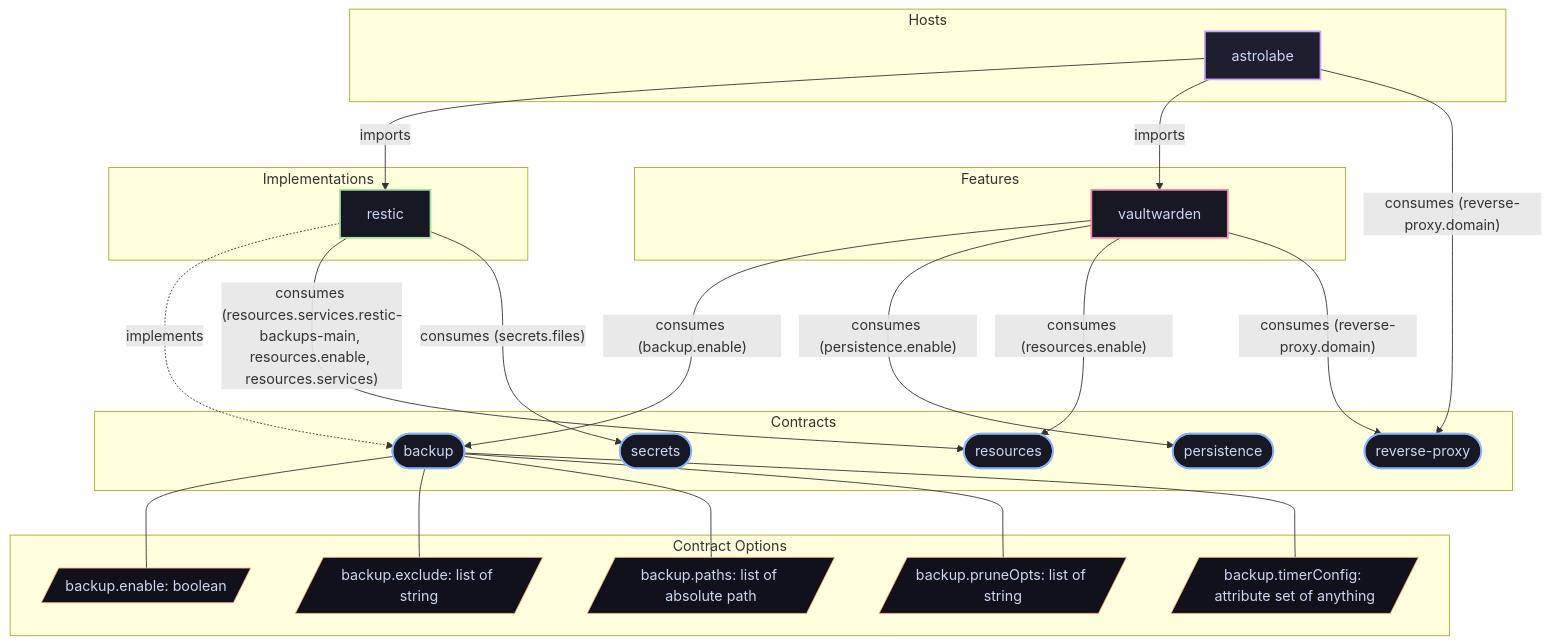
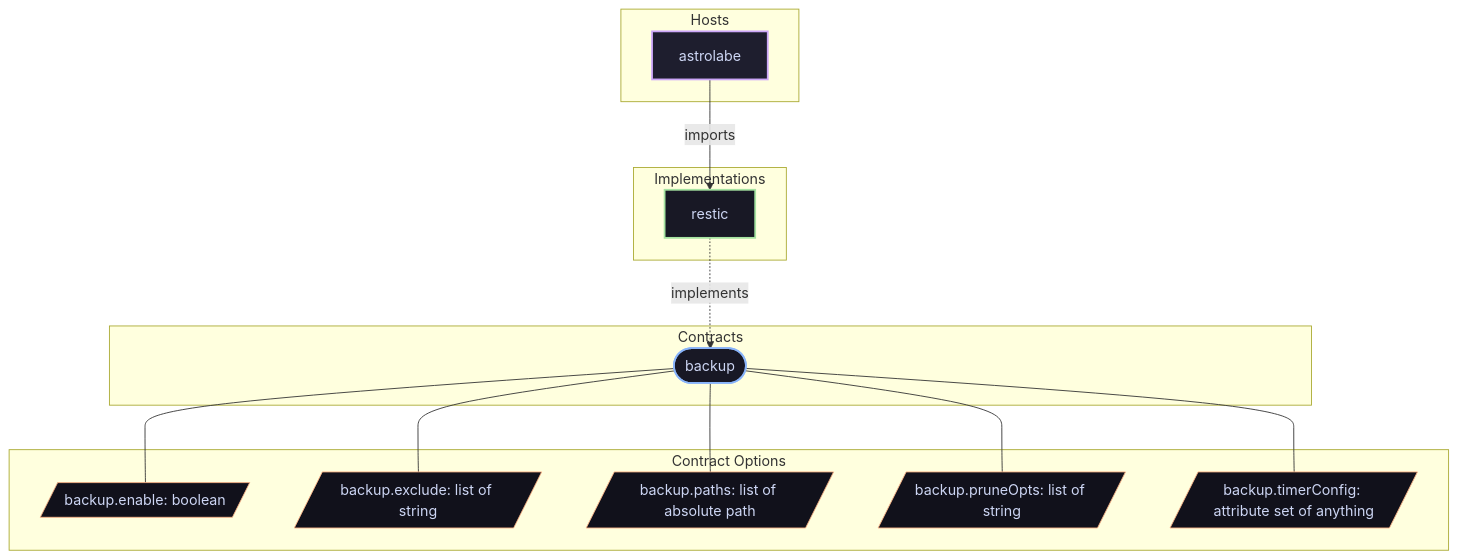
Before and after one commit to LW-54/nixconf: the diagram in docs/contracts/backup.md, drawn with Mermaid. The commit also changed other lines of this file and 87 other files, not shown here.

````diff
--- a/docs/contracts/backup.md
+++ b/docs/contracts/backup.md
@@ -15,59 +15,43 @@
 ```mermaid
 flowchart TD
     subgraph Hosts["Hosts"]
         host__astrolabe["astrolabe"]:::hostNode
     end
 
     subgraph Contracts["Contracts"]
         contract__backup(["backup"]):::contractNode
-        contract__persistence(["persistence"]):::contractNode
-        contract__resources(["resources"]):::contractNode
-        contract__reverse_proxy(["reverse-proxy"]):::contractNode
-        contract__secrets(["secrets"]):::contractNode
     end
 
     subgraph Implementations["Implementations"]
         impl__restic["restic"]:::implNode
-    end
-
-    subgraph Features["Features"]
-        feature__vaultwarden["vaultwarden"]:::featureNode
     end
 
     subgraph ContractOptions["Contract Options"]
         opt__backup_enable[/"backup.enable: boolean"/]:::optNode
         opt__backup_exclude[/"backup.exclude: list of string"/]:::optNode
         opt__backup_paths[/"backup.paths: list of absolute path"/]:::optNode
         opt__backup_pruneOpts[/"backup.pruneOpts: list of string"/]:::optNode
         opt__backup_timerConfig[/"backup.timerConfig: attribute set of anything"/]:::optNode
     end
 
 
     host__astrolabe -->|"imports"| impl__restic
-    host__astrolabe -->|"imports"| feature__vaultwarden
     impl__restic -.->|"implements"| contract__backup
-    host__astrolabe -->|"consumes (reverse-proxy.domain)"| contract__reverse_proxy
-    feature__vaultwarden -->|"consumes (backup.enable)"| contract__backup
-    feature__vaultwarden -->|"consumes (persistence.enable)"| contract__persistence
-    feature__vaultwarden -->|"consumes (resources.enable)"| contract__resources
-    feature__vaultwarden -->|"consumes (reverse-proxy.domain)"| contract__reverse_proxy
-    impl__restic -->|"consumes (resources.services.restic-backups-main, resources.enable, resources.services)"| contract__resources
-    impl__restic -->|"consumes (secrets.files)"| contract__secrets
     contract__backup --- opt__backup_enable
     contract__backup --- opt__backup_exclude
     contract__backup --- opt__backup_paths
     contract__backup --- opt__backup_pruneOpts
     contract__backup --- opt__backup_timerConfig
 
 classDef hostNode fill:#1e1e2e,stroke:#cba6f7,stroke-width:2px,color:#cdd6f4;
 classDef contractNode fill:#181825,stroke:#89b4fa,stroke-width:2px,color:#cdd6f4;
 classDef implNode fill:#181825,stroke:#a6e3a1,stroke-width:2px,color:#cdd6f4;
 classDef featureNode fill:#181825,stroke:#f38ba8,stroke-width:2px,color:#cdd6f4;
 classDef libNode fill:#181825,stroke:#94e2d5,stroke-width:2px,color:#cdd6f4;
 classDef optNode fill:#11111b,stroke:#fab387,stroke-width:1px,color:#cdd6f4;
 classDef typeNode fill:#11111b,stroke:#f9e2af,stroke-width:1px,color:#cdd6f4;
 classDef fnNode fill:#181825,stroke:#94e2d5,stroke-width:1px,color:#cdd6f4;
 classDef pkgNode fill:#181825,stroke:#b4befe,stroke-width:1px,color:#cdd6f4;
 classDef shellNode fill:#181825,stroke:#f5c2e7,stroke-width:1px,color:#cdd6f4;
 
 ```
````
